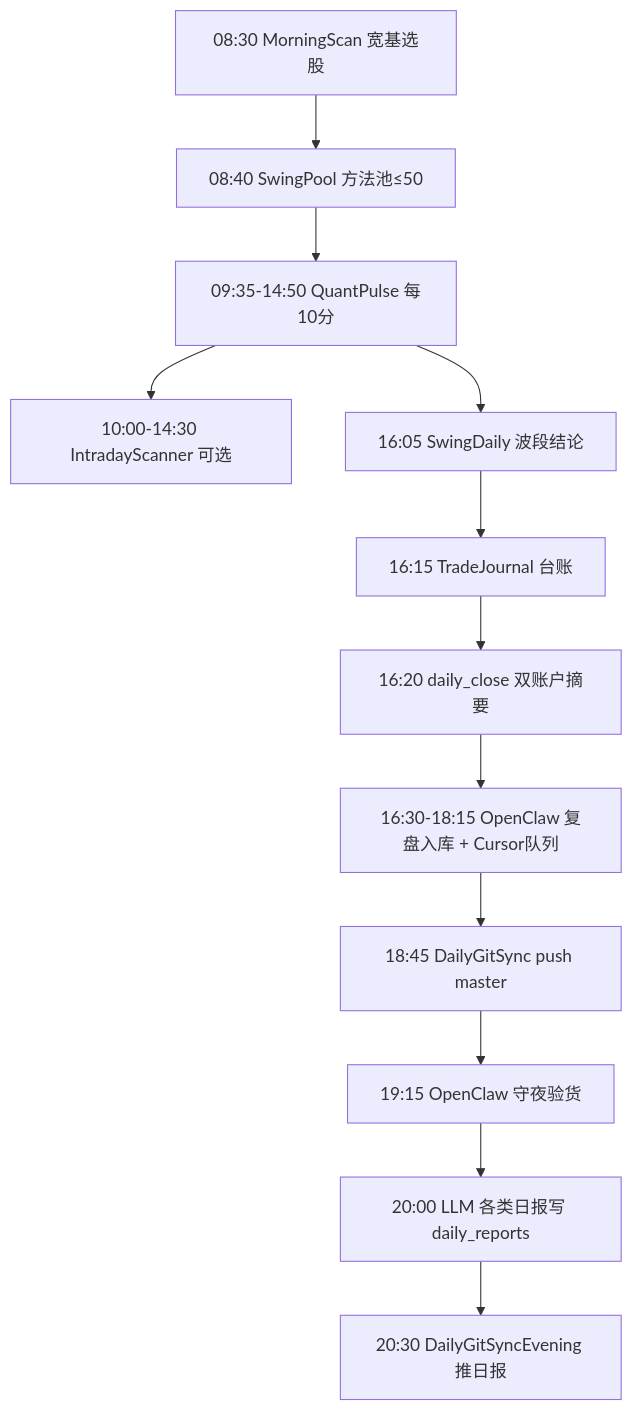
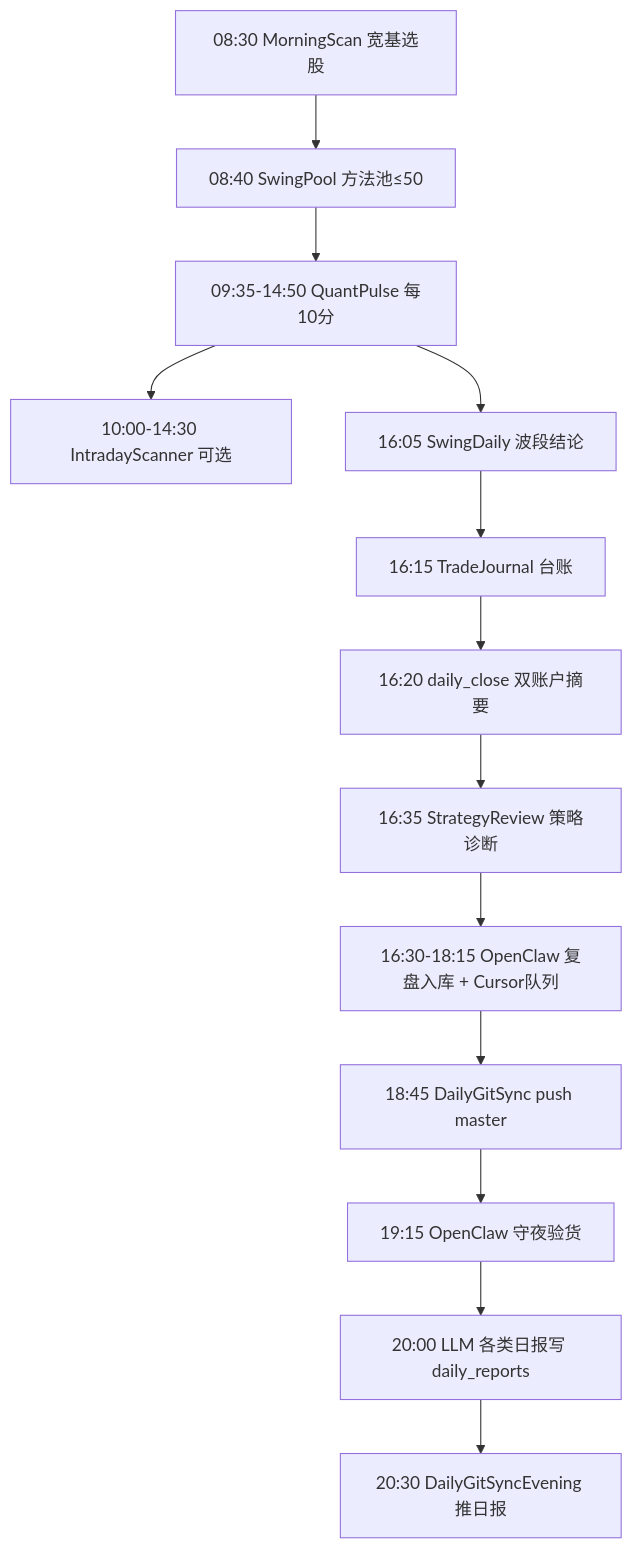
One commit to shaohjz/quant-learn changed the diagram in docs/CRON_JOBS.md. Above: the diagram before and after it, drawn with Mermaid. The commit also changed other lines of this file and 20 other files, not shown here.

````diff
--- a/docs/CRON_JOBS.md
+++ b/docs/CRON_JOBS.md
@@ -23,14 +23,15 @@
 ```mermaid
 flowchart TD
   A["08:30 MorningScan 宽基选股"] --> A2["08:40 SwingPool 方法池≤50"]
   A2 --> B["09:35-14:50 QuantPulse 每10分"]
   B --> C["10:00-14:30 IntradayScanner 可选"]
   B --> D["16:05 SwingDaily 波段结论"]
   D --> E["16:15 TradeJournal 台账"]
   E --> F["16:20 daily_close 双账户摘要"]
-  F --> G["16:30-18:15 OpenClaw 复盘入库 + Cursor队列"]
+  F --> F2["16:35 StrategyReview 策略诊断"]
+  F2 --> G["16:30-18:15 OpenClaw 复盘入库 + Cursor队列"]
   G --> H["18:45 DailyGitSync push master"]
   H --> I["19:15 OpenClaw 守夜验货"]
   I --> J["20:00 LLM 各类日报写 daily_reports"]
   J --> K["20:30 DailyGitSyncEvening 推日报"]
 ```
````
